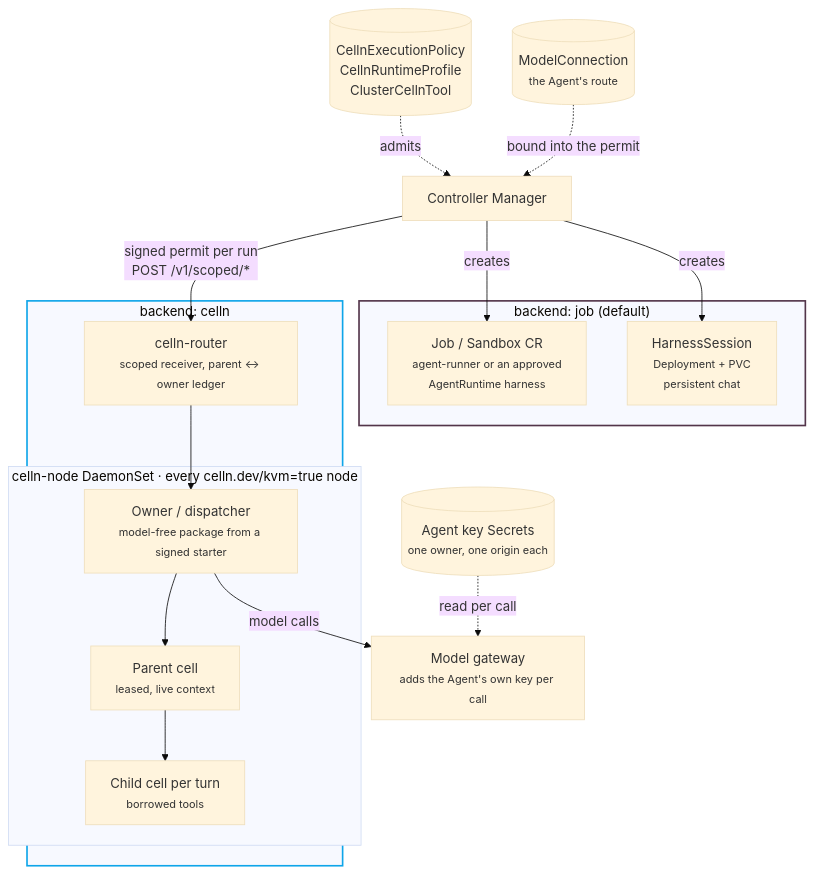
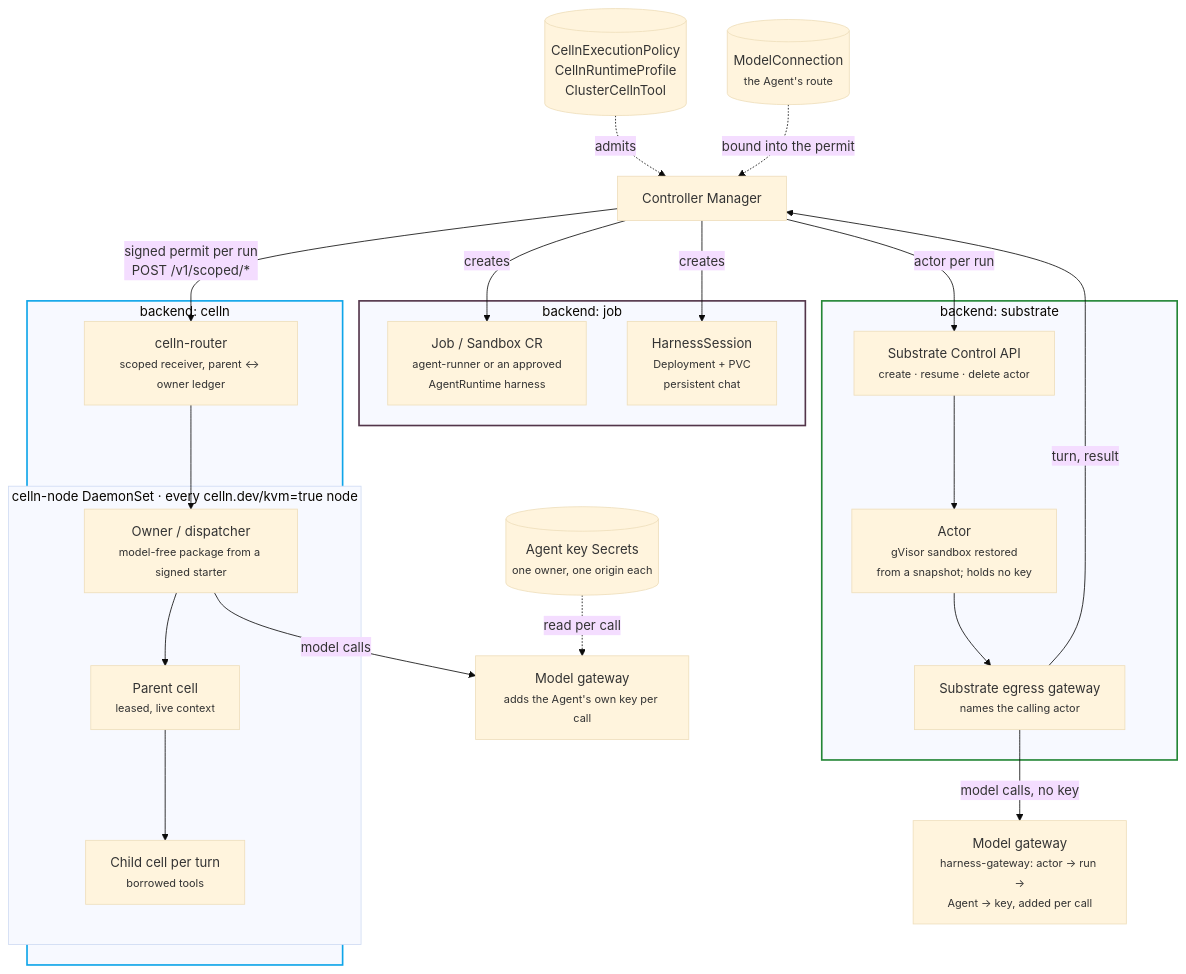
The third of 6 diagrams in docs/architecture.md (sympozium-ai/sympozium), drawn with Mermaid (base theme) before and after one commit. The commit also changed other lines of this file and 19 other files, not shown here.

First line of the commit message:
docs: position Sympozium as the value layer above Agent Substrate

````diff
--- a/docs/architecture.md
+++ b/docs/architecture.md
@@ -117,32 +153,44 @@
 ```mermaid
 graph TB
     CM["Controller Manager"]
 
-    subgraph K8S["backend: job (default)"]
+    subgraph SUB["backend: substrate"]
+        SAPI["Substrate Control API<br/><small>create · resume · delete actor</small>"]
+        ACTOR["Actor<br/><small>gVisor sandbox restored<br/>from a snapshot; holds no key</small>"]
+        EGW["Substrate egress gateway<br/><small>names the calling actor</small>"]
+        SAPI --> ACTOR --> EGW
+    end
+
+    subgraph K8S["backend: job"]
         JOB["Job / Sandbox CR<br/><small>agent-runner or an approved<br/>AgentRuntime harness</small>"]
         HS["HarnessSession<br/><small>Deployment + PVC<br/>persistent chat</small>"]
     end
 
     subgraph CELLN["backend: celln"]
         ROUTER["celln-router<br/><small>scoped receiver, parent ↔ owner ledger</small>"]
         subgraph NODES["celln-node DaemonSet · every celln.dev/kvm=true node"]
             OWN["Owner / dispatcher<br/><small>model-free package from a signed starter</small>"]
             PARENT["Parent cell<br/><small>leased, live context</small>"]
             CHILD["Child cell per turn<br/><small>borrowed tools</small>"]
             OWN --> PARENT --> CHILD
         end
         ROUTER --> OWN
     end
 
+    CM -- "actor per run" --> SAPI
+    EGW -- "turn, result" --> CM
+    HGW["Model gateway<br/><small>harness-gateway: actor → run →<br/>Agent → key, added per call</small>"]
+    EGW -- "model calls, no key" --> HGW
     CM -- "creates" --> JOB
     CM -- "creates" --> HS
     CM -- "signed permit per run<br/>POST /v1/scoped/*" --> ROUTER
     POL[("CellnExecutionPolicy<br/>CellnRuntimeProfile<br/>ClusterCellnTool")] -. "admits" .-> CM
     CONN[("ModelConnection<br/><small>the Agent's route</small>")] -. "bound into the permit" .-> CM
     GW["Model gateway<br/><small>adds the Agent's own key per call</small>"]
     AKEYS[("Agent key Secrets<br/><small>one owner, one origin each</small>")] -. "read per call" .-> GW
     OWN -- "model calls" --> GW
 
+    style SUB stroke:#238636,stroke-width:2px
     style K8S stroke:#53354a,stroke-width:2px
     style CELLN stroke:#0ea5e9,stroke-width:2px
 ```
````
